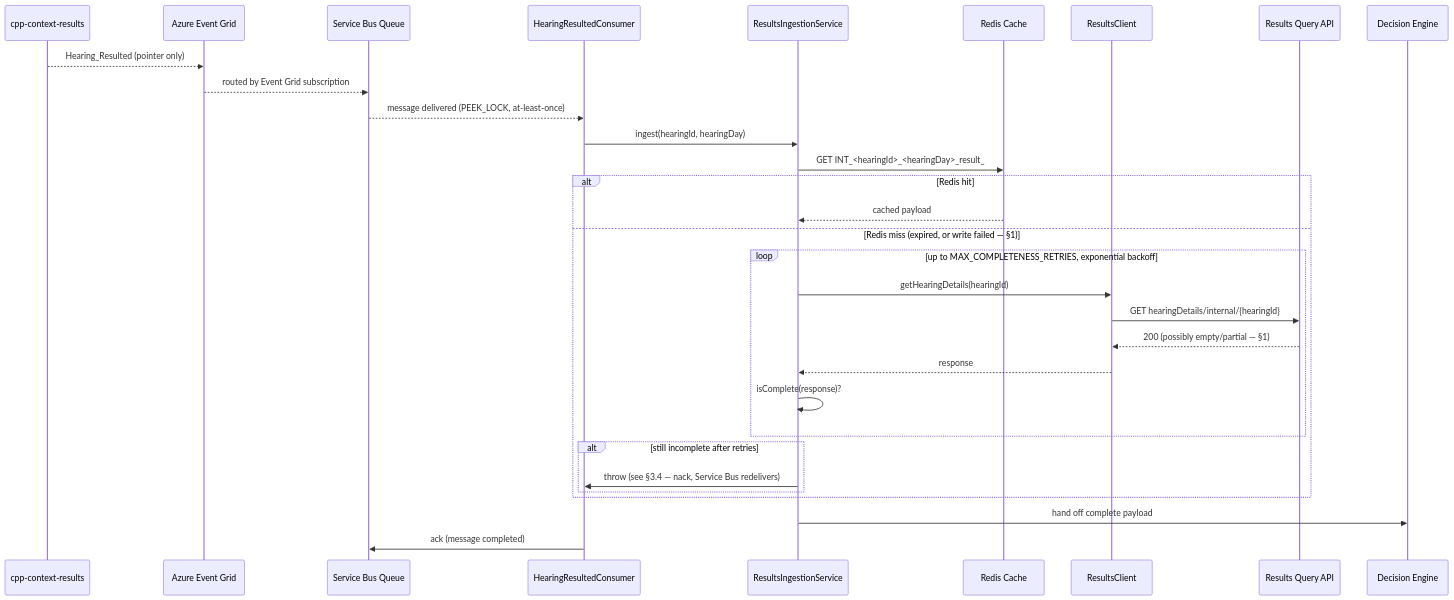
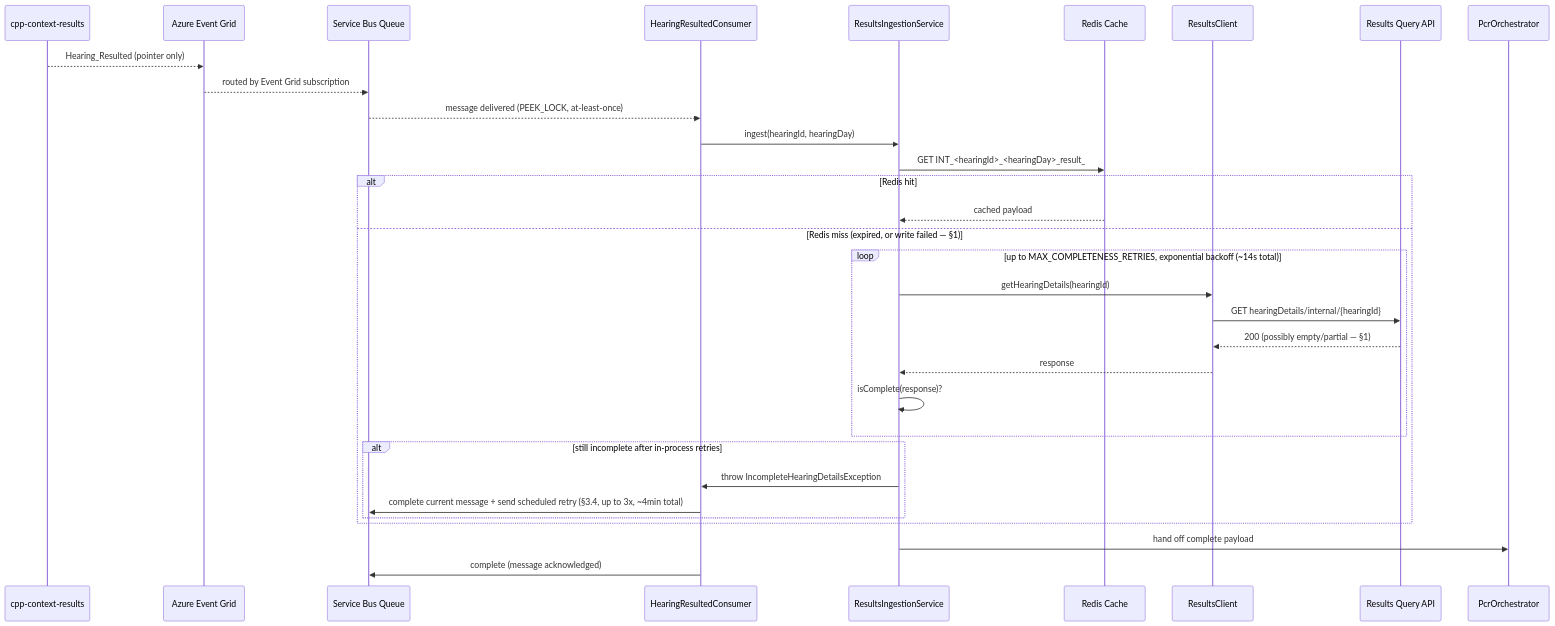
Before and after one commit to hmcts/service-cp-crime-results-pcr: the second of 2 diagrams in docs/2026-07-22-pcr-hearing-event-ingestion-design.md, drawn with Mermaid. The commit also changed other lines of this file and 2 other files, not shown here.

````diff
--- a/docs/2026-07-22-pcr-hearing-event-ingestion-design.md
+++ b/docs/2026-07-22-pcr-hearing-event-ingestion-design.md
@@ -89,37 +83,38 @@
 ```mermaid
 sequenceDiagram
     participant Results as cpp-context-results
     participant Grid as Azure Event Grid
     participant Bus as Service Bus Queue
     participant Consumer as HearingResultedConsumer
     participant Ingestion as ResultsIngestionService
     participant Redis as Redis Cache
     participant RQC as ResultsClient
     participant API as Results Query API
-    participant Downstream as Decision Engine
+    participant Downstream as PcrOrchestrator
 
     Results-->>Grid: Hearing_Resulted (pointer only)
     Grid-->>Bus: routed by Event Grid subscription
     Bus-->>Consumer: message delivered (PEEK_LOCK, at-least-once)
 
     Consumer->>Ingestion: ingest(hearingId, hearingDay)
     Ingestion->>Redis: GET INT_<hearingId>_<hearingDay>_result_
 
     alt Redis hit
         Redis-->>Ingestion: cached payload
     else Redis miss (expired, or write failed — §1)
-        loop up to MAX_COMPLETENESS_RETRIES, exponential backoff
+        loop up to MAX_COMPLETENESS_RETRIES, exponential backoff (~14s total)
             Ingestion->>RQC: getHearingDetails(hearingId)
             RQC->>API: GET hearingDetails/internal/{hearingId}
             API-->>RQC: 200 (possibly empty/partial — §1)
             RQC-->>Ingestion: response
             Ingestion->>Ingestion: isComplete(response)?
         end
-        alt still incomplete after retries
-            Ingestion->>Consumer: throw (see §3.4 — nack, Service Bus redelivers)
+        alt still incomplete after in-process retries
+            Ingestion->>Consumer: throw IncompleteHearingDetailsException
+            Consumer->>Bus: complete current message + send scheduled retry (§3.4, up to 3x, ~4min total)
         end
     end
 
     Ingestion->>Downstream: hand off complete payload
-    Consumer->>Bus: ack (message completed)
+    Consumer->>Bus: complete (message acknowledged)
 ```
````
